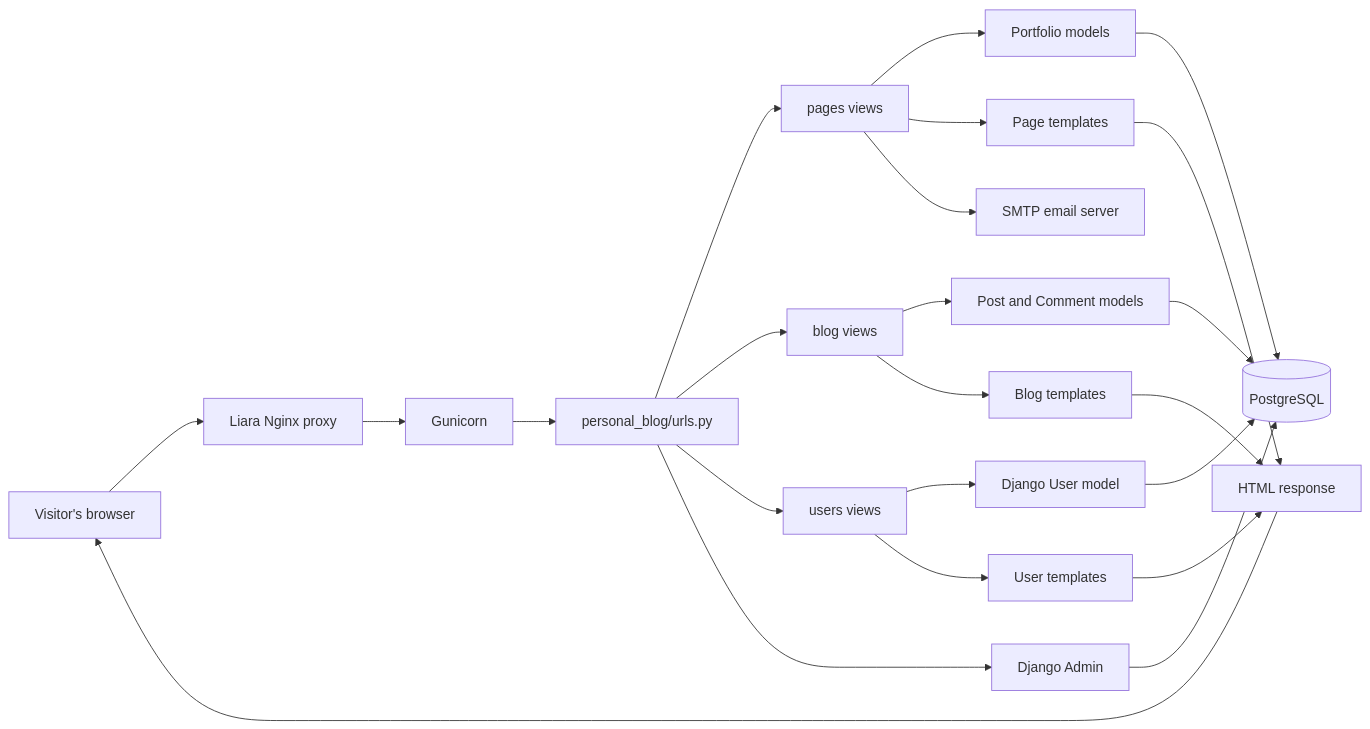
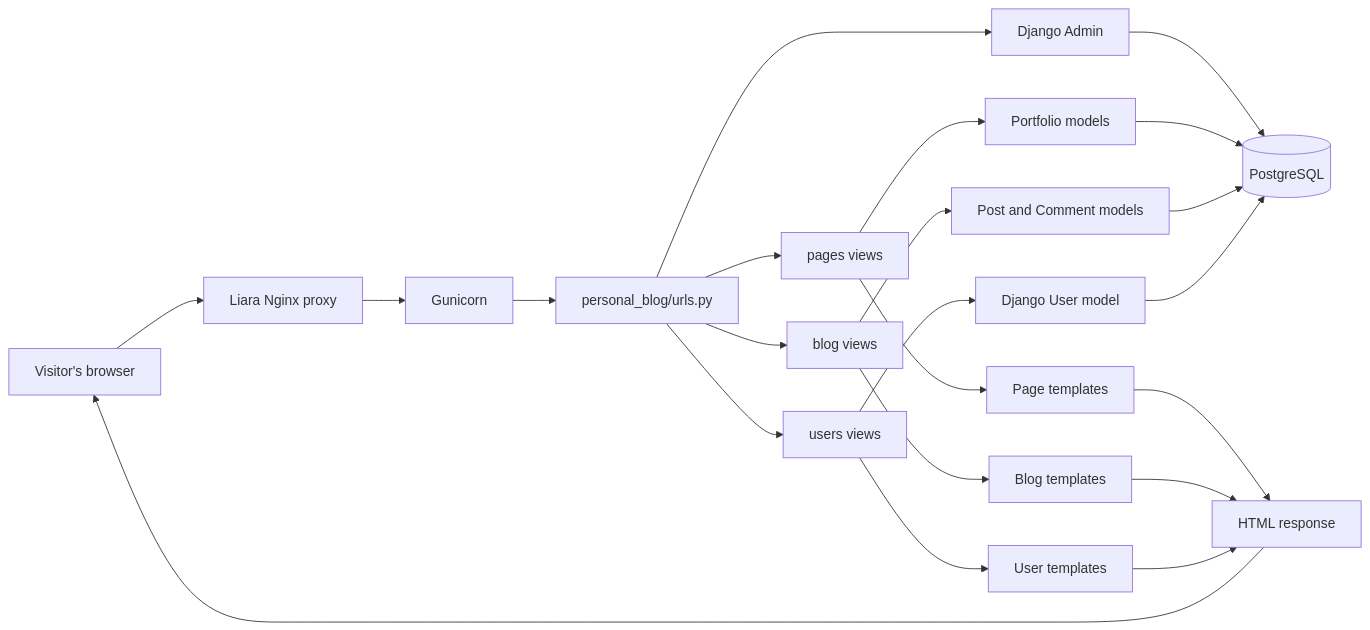
One commit to baharbarghbani/Personal-Blog changed the first of 5 diagrams in PROJECT_DESIGN_GUIDE.md. Above: the diagram before and after it, drawn with Mermaid. The commit also changed other lines of this file and 14 other files, not shown here.

````diff
--- a/PROJECT_DESIGN_GUIDE.md
+++ b/PROJECT_DESIGN_GUIDE.md
@@ -38,28 +38,27 @@
 ```mermaid
 flowchart LR
     V[Visitor's browser] --> N[Liara Nginx proxy]
     N --> G[Gunicorn]
     G --> U[personal_blog/urls.py]
     U --> PV[pages views]
     U --> BV[blog views]
     U --> UV[users views]
     U --> A[Django Admin]
 
     PV --> PM[Portfolio models]
     BV --> BM[Post and Comment models]
     UV --> AU[Django User model]
     A --> DB[(PostgreSQL)]
     PM --> DB
     BM --> DB
     AU --> DB
 
     PV --> PT[Page templates]
     BV --> BT[Blog templates]
     UV --> UT[User templates]
     PT --> H[HTML response]
     BT --> H
     UT --> H
 
-    PV --> SMTP[SMTP email server]
     H --> V
 ```
````
